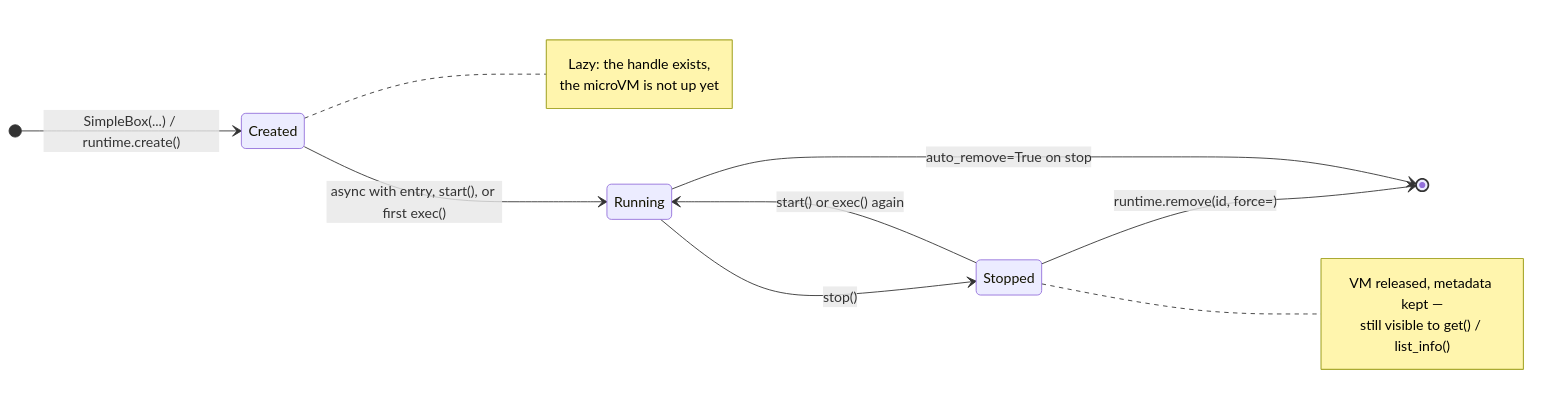
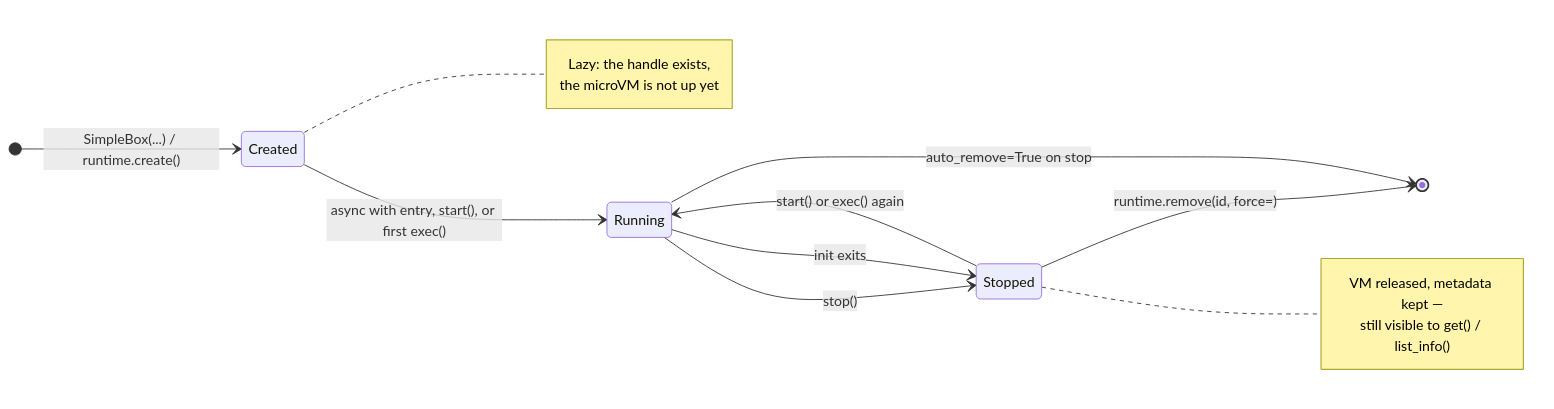
The diagram in manage-sandbox/lifecycle.mdx (Mandalorian-Wang/documentation), drawn with Mermaid before and after one commit. The commit also changed other lines of this file and 4 other files, not shown here.

````diff
--- a/manage-sandbox/lifecycle.mdx
+++ b/manage-sandbox/lifecycle.mdx
@@ -10,19 +10,20 @@
 ```mermaid
 stateDiagram-v2
     direction LR
     [*] --> Created: SimpleBox(...) / runtime.create()
     Created --> Running: async with entry, start(), or first exec()
     Running --> Stopped: stop()
+    Running --> Stopped: init exits
     Stopped --> Running: start() or exec() again
     Stopped --> [*]: runtime.remove(id, force=)
     Running --> [*]: auto_remove=True on stop
 
     note right of Created
         Lazy: the handle exists,
         the microVM is not up yet
     end note
     note right of Stopped
         VM released, metadata kept —
         still visible to get() / list_info()
     end note
 ```
````
